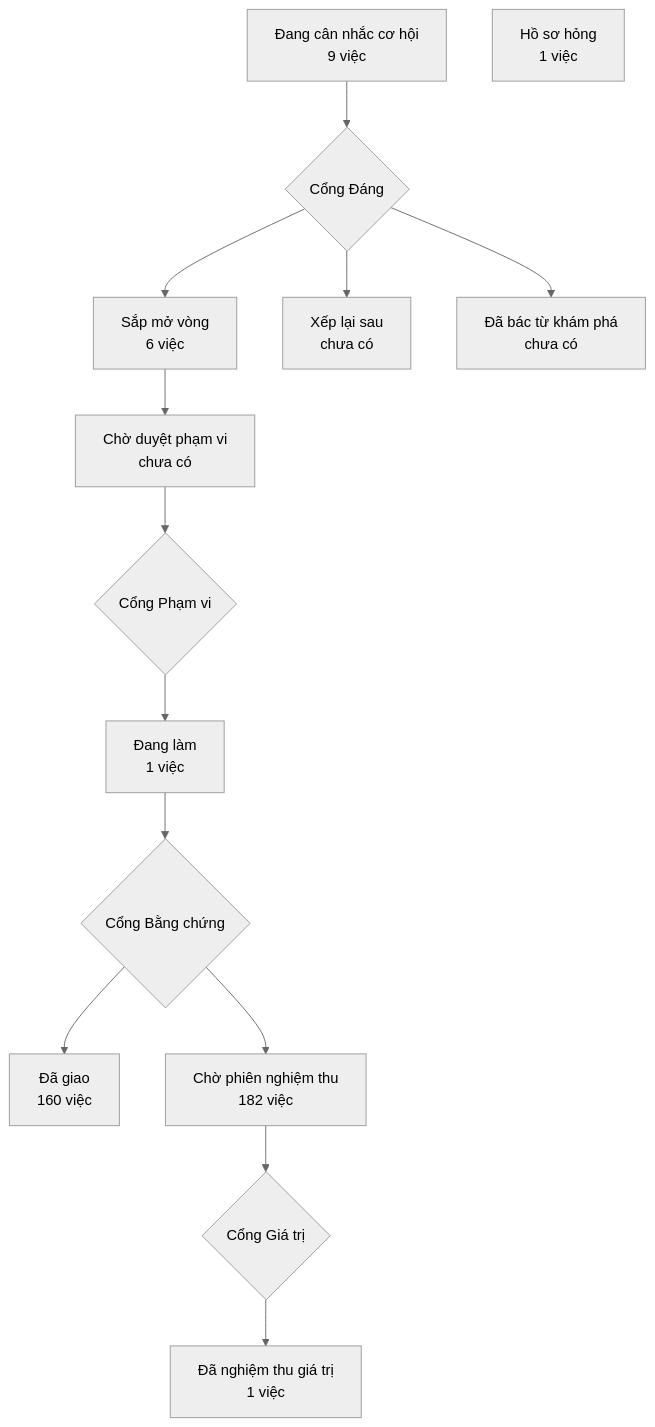
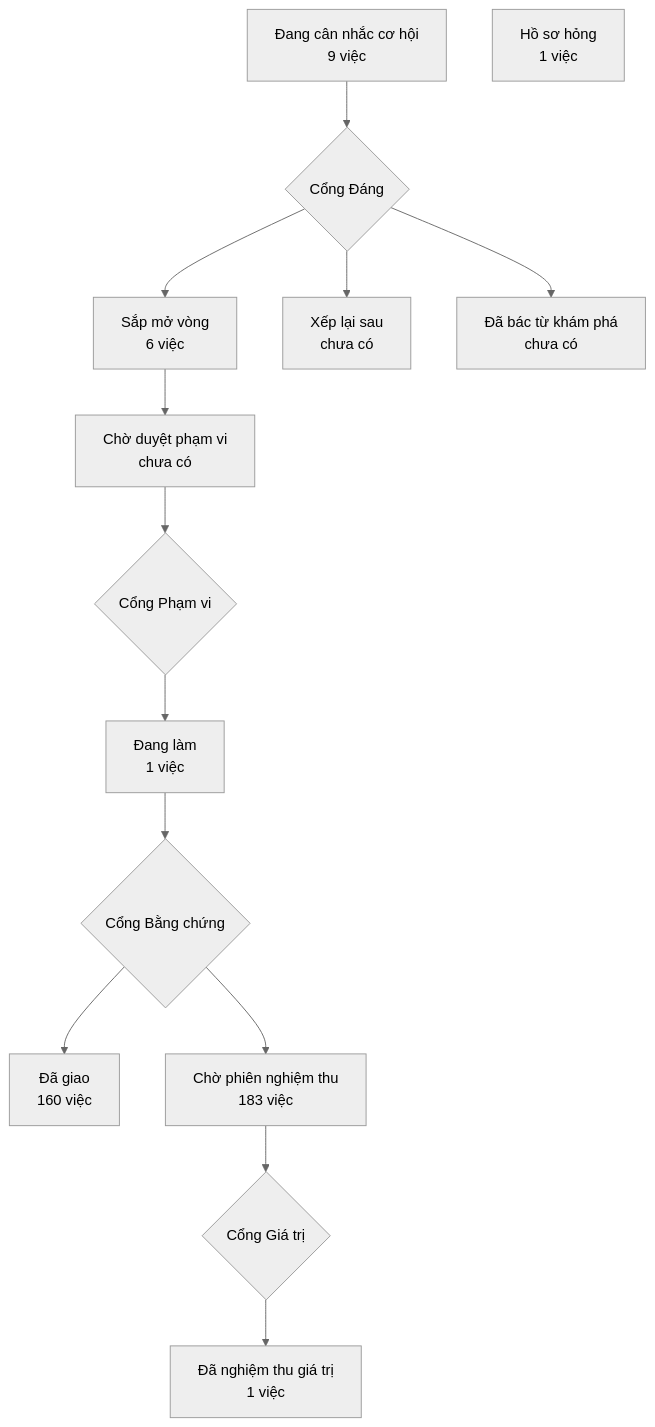
Before and after one commit to phanlemanh/crm-onehub: the diagram in PRODUCT-MAP.md, drawn with Mermaid (neutral theme). The commit also changed 1 other file, not shown here.

Commit message:
chore(tom-tat-tuan-dang-cho): vẽ lại bản đồ và trang lộ trình sau gộp onehub bc67670e2

````diff
--- a/PRODUCT-MAP.md
+++ b/PRODUCT-MAP.md
@@ -7,13 +7,13 @@
 ```mermaid
 flowchart TD
   A["Đang cân nhắc cơ hội<br/>9 việc"] --> GD{"Cổng Đáng"}
   GD --> B["Sắp mở vòng<br/>6 việc"]
   GD --> XL["Xếp lại sau<br/>chưa có"]
   GD --> DB["Đã bác từ khám phá<br/>chưa có"]
   B --> CD["Chờ duyệt phạm vi<br/>chưa có"] --> GP{"Cổng Phạm vi"}
   GP --> DL["Đang làm<br/>1 việc"] --> GB{"Cổng Bằng chứng"}
   GB --> DG["Đã giao<br/>160 việc"]
-  GB --> CN["Chờ phiên nghiệm thu<br/>182 việc"] --> GG{"Cổng Giá trị"}
+  GB --> CN["Chờ phiên nghiệm thu<br/>183 việc"] --> GG{"Cổng Giá trị"}
   GG --> NT["Đã nghiệm thu giá trị<br/>1 việc"]
   HS["Hồ sơ hỏng<br/>1 việc"]
 ```
````
